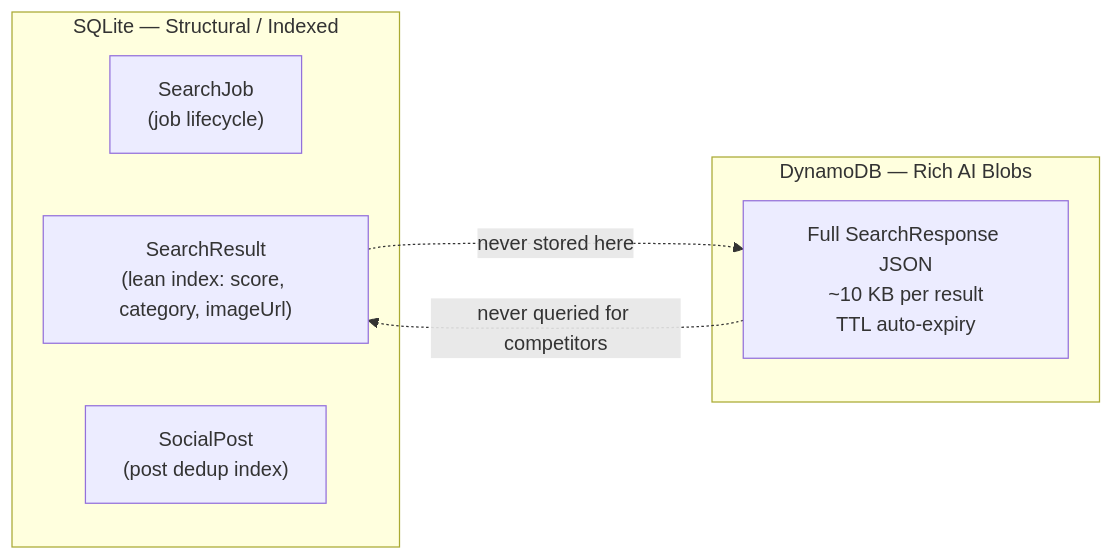
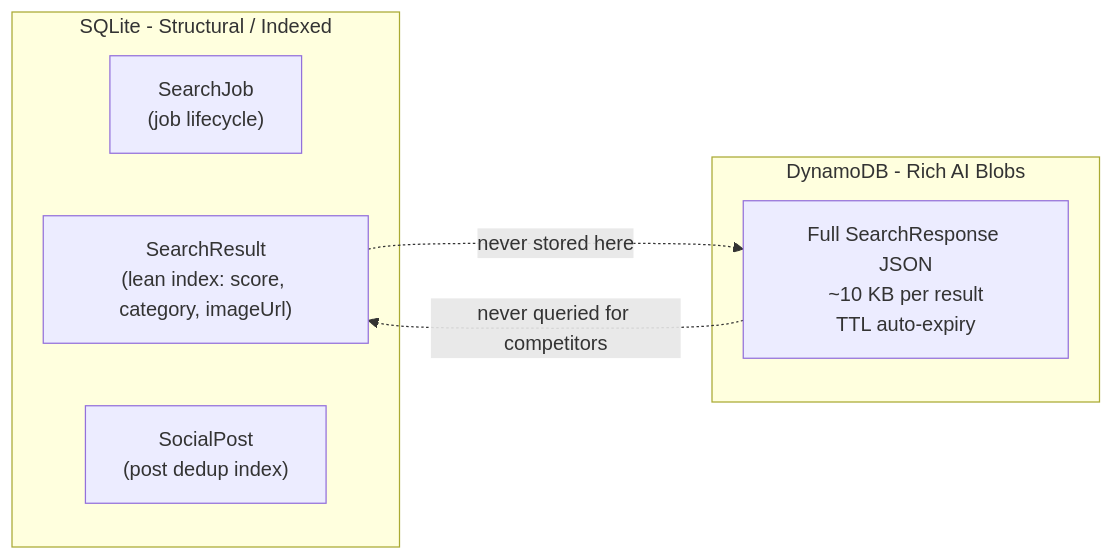
Before and after one commit to anubhavbagri/CrowdLens: diagram 16 of 31 in architecture.md, drawn with Mermaid. The commit also changed other lines of this file and 1 other file, not shown here.

Commit message:
fix diagrams

````diff
--- a/architecture.md
+++ b/architecture.md
@@ -589,15 +591,15 @@
 ```mermaid
 graph LR
-    subgraph SQLite["SQLite — Structural / Indexed"]
-        J["SearchJob\n(job lifecycle)"]
-        SR["SearchResult\n(lean index: score, category, imageUrl)"]
-        SP["SocialPost\n(post dedup index)"]
+    subgraph SQLite["SQLite - Structural / Indexed"]
+        J["SearchJob<br>(job lifecycle)"]
+        SR["SearchResult<br>(lean index: score, category, imageUrl)"]
+        SP["SocialPost<br>(post dedup index)"]
     end
 
-    subgraph DDB["DynamoDB — Rich AI Blobs"]
-        D["Full SearchResponse JSON\n~10 KB per result\nTTL auto-expiry"]
+    subgraph DDB["DynamoDB - Rich AI Blobs"]
+        D["Full SearchResponse JSON<br>~10 KB per result<br>TTL auto-expiry"]
     end
 
     SR -.->|never stored here| D
     D -.->|never queried for competitors| SR
 ```
````
